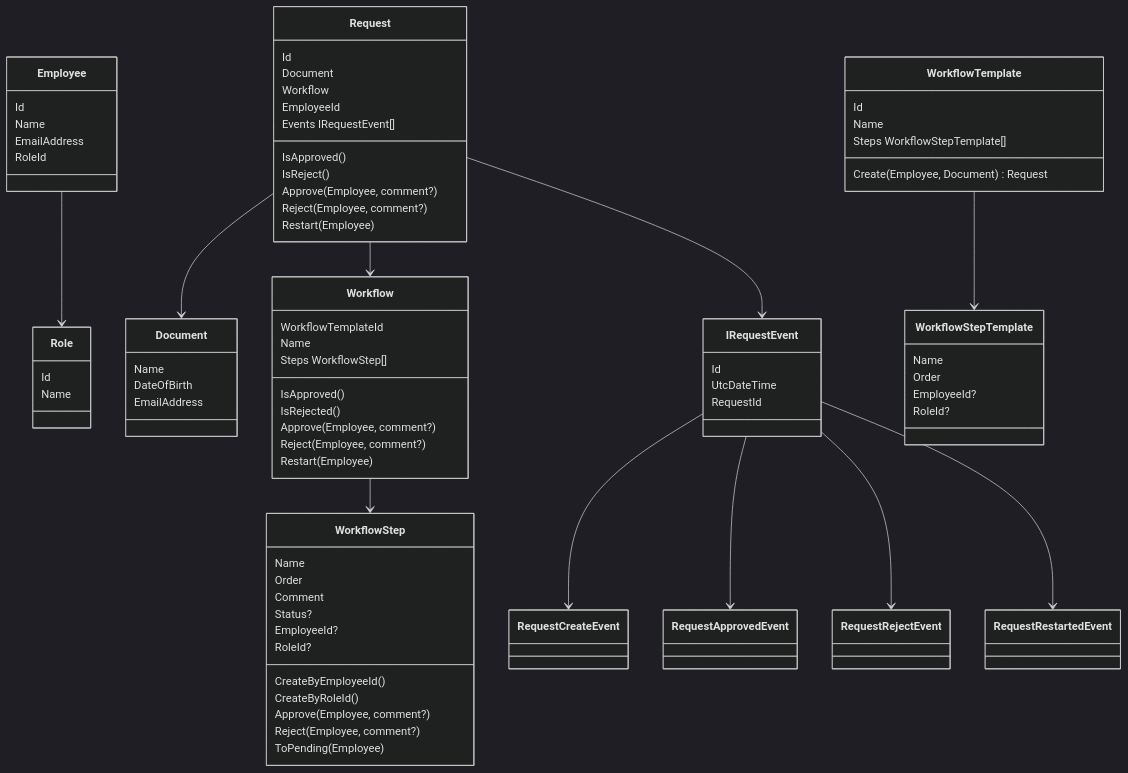
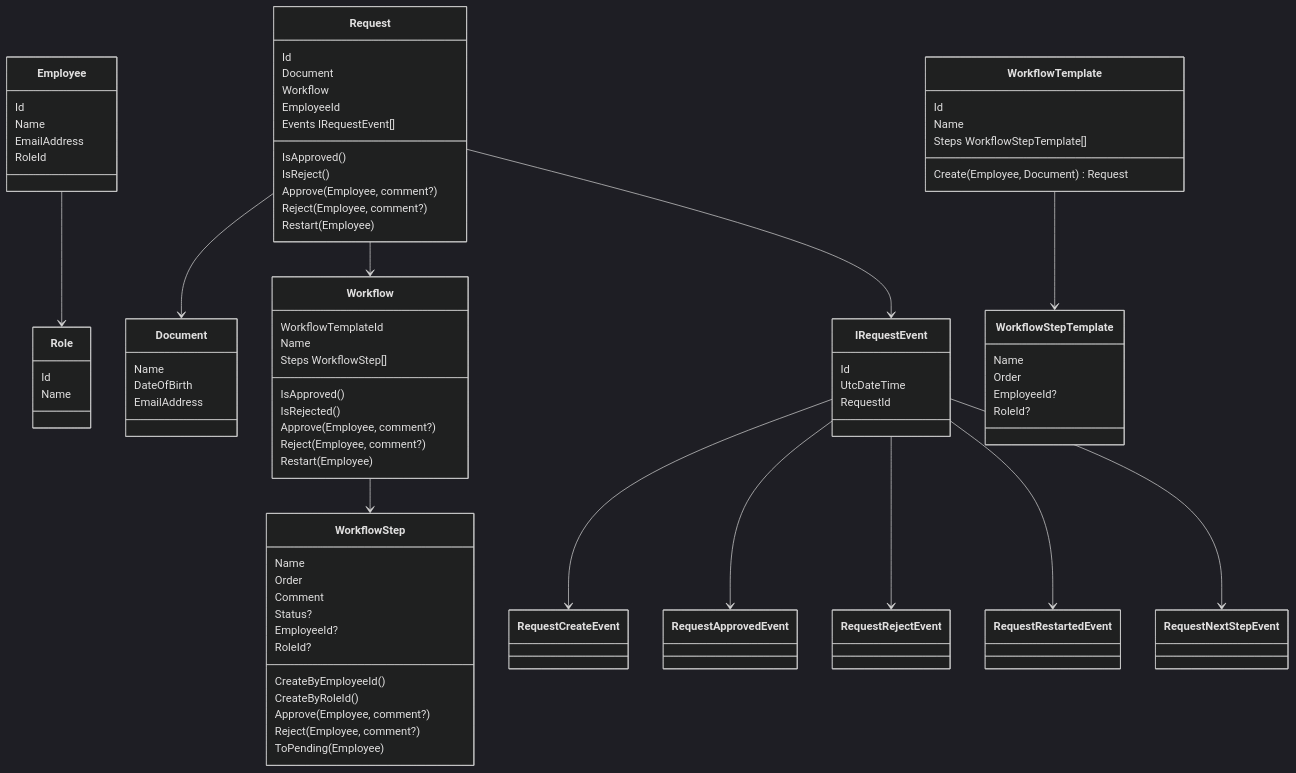
The diagram in README.md (tarioma/Interviews), drawn with Mermaid (dark theme) before and after one commit.

```diff
--- a/README.md
+++ b/README.md
@@ -8,6 +8,7 @@
     IRequestEvent --> RequestApprovedEvent
     IRequestEvent --> RequestRejectEvent
     IRequestEvent --> RequestRestartedEvent
+    IRequestEvent --> RequestNextStepEvent
     Workflow --> WorkflowStep
     WorkflowTemplate --> WorkflowStepTemplate
 
@@ -46,6 +47,8 @@
     class RequestRejectEvent{
     }
     class RequestRestartedEvent{
+    }
+    class RequestNextStepEvent{
     }
     class Document{
         Name
```
